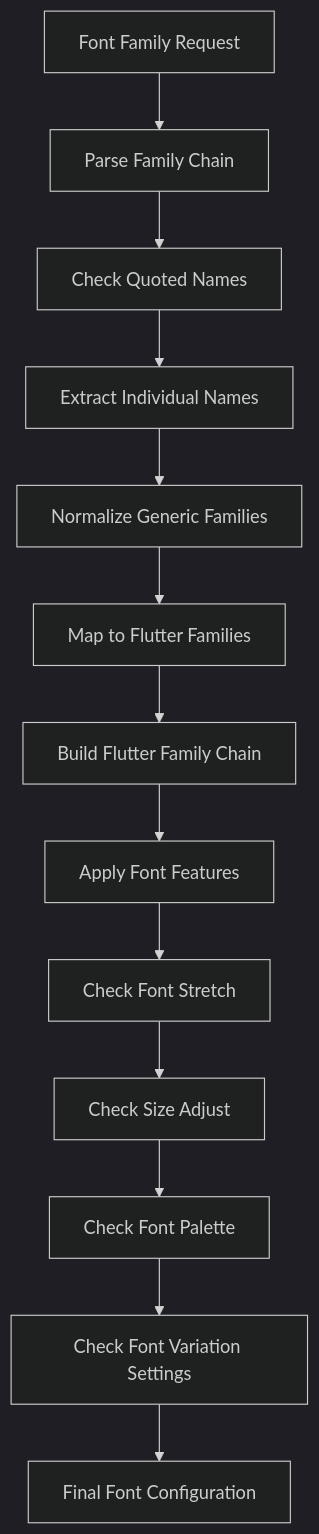
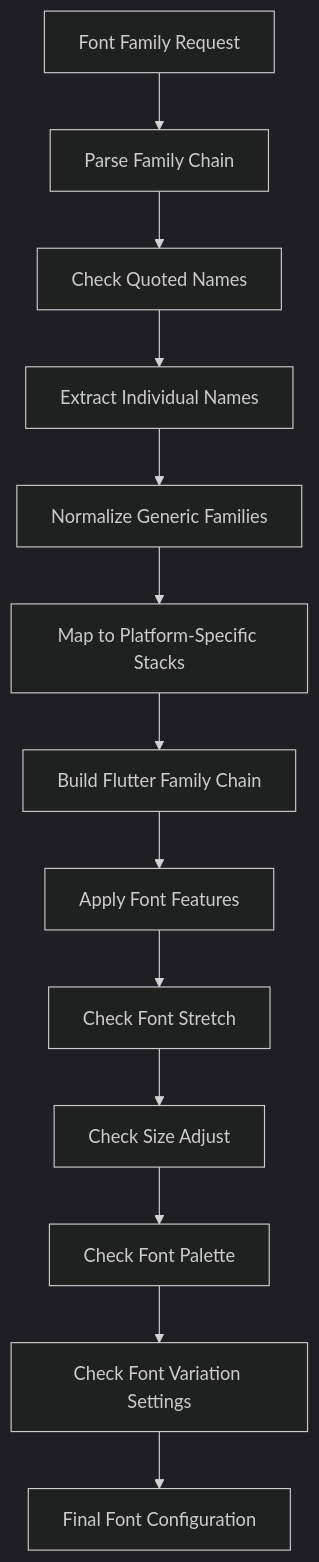
The sixth of 11 diagrams in .qoder/repowiki/en/content/Animated SVG Support/Advanced Animation Features/Enhanced Text Styling System.md (denisnadey/flutter_full_svg_support), drawn with Mermaid (dark theme) before and after one commit. The commit also changed other lines of this file and 38 other files, not shown here.

````diff
--- a/.qoder/repowiki/en/content/Animated SVG Support/Advanced Animation Features/Enhanced Text Styling System.md
+++ b/.qoder/repowiki/en/content/Animated SVG Support/Advanced Animation Features/Enhanced Text Styling System.md
@@ -293,15 +301,15 @@
 ```mermaid
 flowchart TD
 FontRequest[Font Family Request] --> ParseChain["Parse Family Chain"]
 ParseChain --> CheckQuoted["Check Quoted Names"]
 CheckQuoted --> ExtractNames["Extract Individual Names"]
 ExtractNames --> NormalizeGeneric["Normalize Generic Families"]
-NormalizeGeneric --> MapGeneric["Map to Flutter Families"]
+NormalizeGeneric --> MapGeneric["Map to Platform-Specific Stacks"]
 MapGeneric --> BuildChain["Build Flutter Family Chain"]
 BuildChain --> ApplyFeatures["Apply Font Features"]
 ApplyFeatures --> CheckStretch["Check Font Stretch"]
 CheckStretch --> CheckAdjust["Check Size Adjust"]
 CheckAdjust --> CheckPalette["Check Font Palette"]
 CheckPalette --> CheckVariation["Check Font Variation Settings"]
 CheckVariation --> FinalFont[Final Font Configuration]
 ```
````
